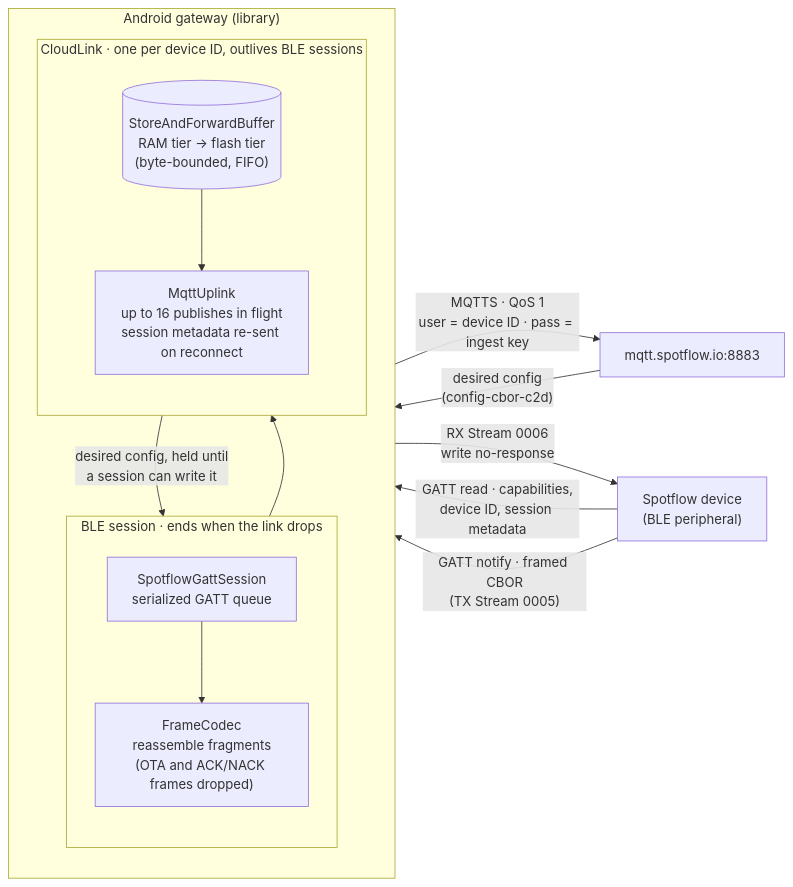
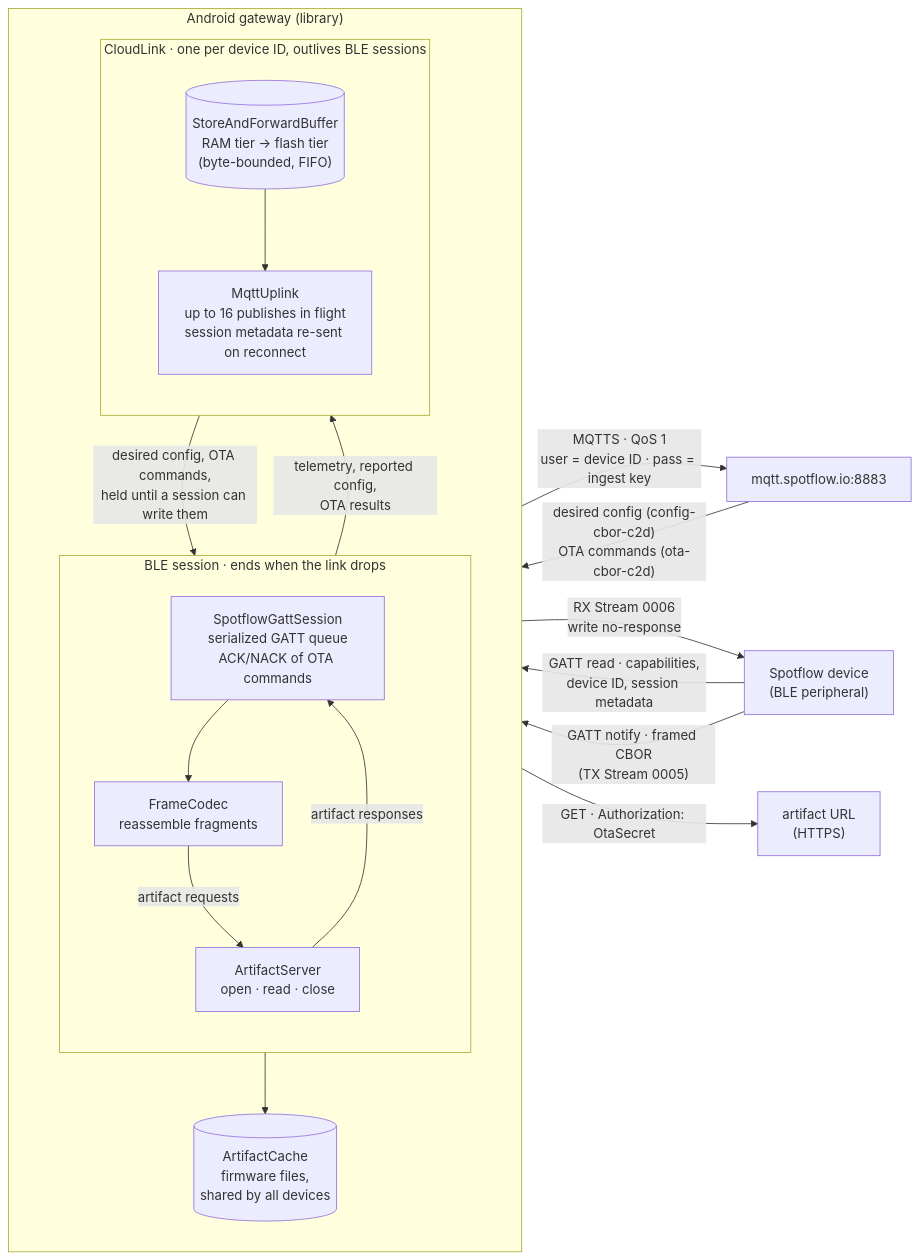
The first of 2 diagrams in README.md (kucerah0nza/spotflow-android-gateway), drawn with Mermaid before and after one commit. The commit also changed other lines of this file and 31 other files, not shown here.

````diff
--- a/README.md
+++ b/README.md
@@ -46,30 +47,37 @@
 ```mermaid
 flowchart LR
     D["Spotflow device<br/>(BLE peripheral)"]
 
     subgraph G["Android gateway (library)"]
         direction TB
         subgraph BLE["BLE session · ends when the link drops"]
             direction TB
-            S["SpotflowGattSession<br/>serialized GATT queue"]
-            F["FrameCodec<br/>reassemble fragments<br/>(OTA and ACK/NACK frames dropped)"]
+            S["SpotflowGattSession<br/>serialized GATT queue<br/>ACK/NACK of OTA commands"]
+            F["FrameCodec<br/>reassemble fragments"]
+            A["ArtifactServer<br/>open · read · close"]
             S --> F
+            F -- "artifact requests" --> A
+            A -- "artifact responses" --> S
         end
         subgraph CL["CloudLink · one per device ID, outlives BLE sessions"]
             direction TB
             B[("StoreAndForwardBuffer<br/>RAM tier → flash tier<br/>(byte-bounded, FIFO)")]
             U["MqttUplink<br/>up to 16 publishes in flight<br/>session metadata re-sent on reconnect"]
             B --> U
         end
-        F --> B
+        K[("ArtifactCache<br/>firmware files,<br/>shared by all devices")]
+        F -- "telemetry, reported config,<br/>OTA results" --> B
+        A --> K
     end
 
     C["mqtt.spotflow.io:8883"]
+    W["artifact URL<br/>(HTTPS)"]
 
     D -- "GATT read · capabilities,<br/>device ID, session metadata" --> S
     D -- "GATT notify · framed CBOR<br/>(TX Stream 0005)" --> S
     U -- "MQTTS · QoS 1<br/>user = device ID · pass = ingest key" --> C
-    C -- "desired config<br/>(config-cbor-c2d)" --> U
-    U -- "desired config, held until<br/>a session can write it" --> S
+    C -- "desired config (config-cbor-c2d)<br/>OTA commands (ota-cbor-c2d)" --> U
+    U -- "desired config, OTA commands,<br/>held until a session can write them" --> S
     S -- "RX Stream 0006<br/>write no-response" --> D
+    K -- "GET · Authorization: OtaSecret" --> W
 ```
````
